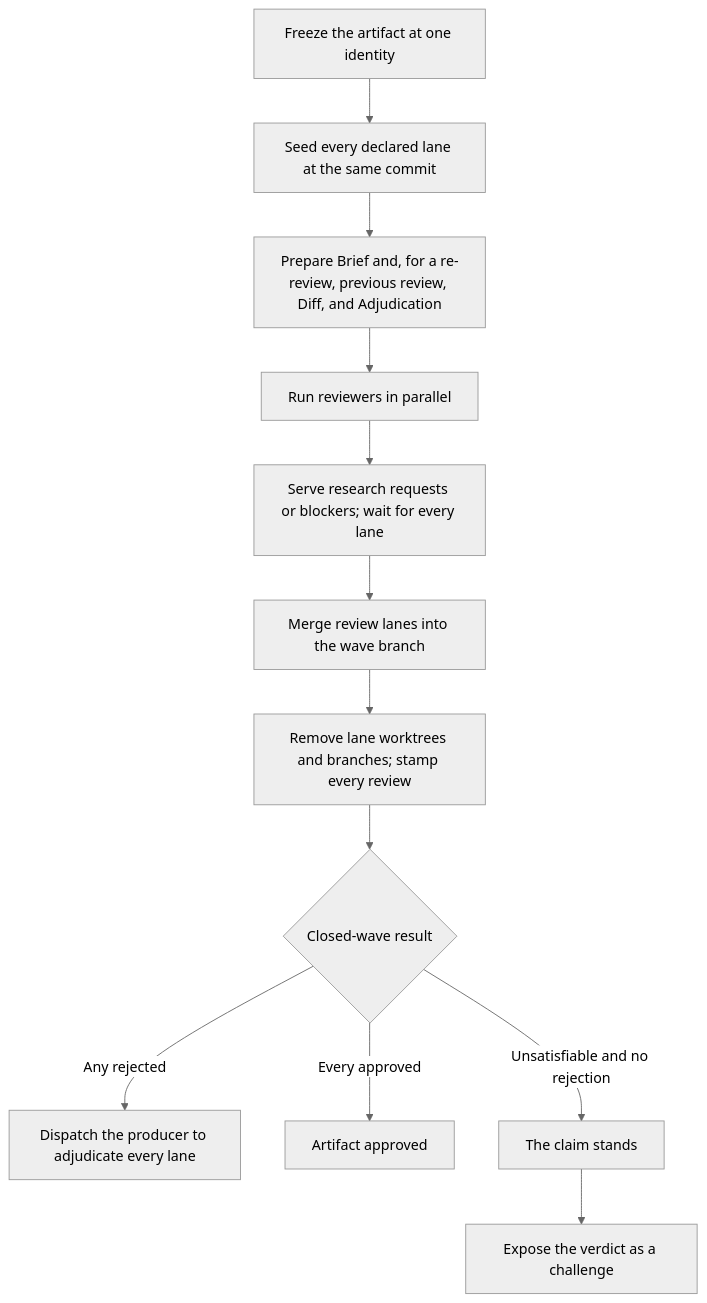
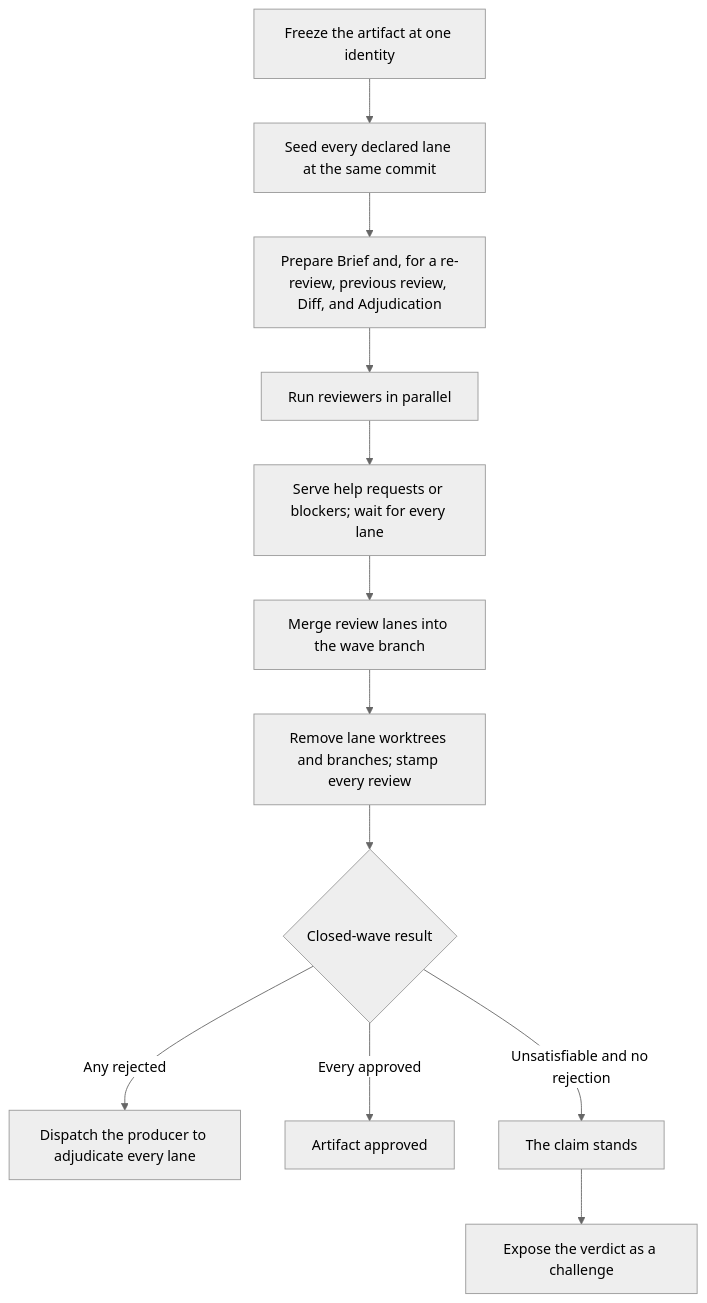
One commit to Automattic/radical-pipelines changed the diagram in docs/flowcharts/review-wave.md. Above: the diagram before and after it, drawn with Mermaid (neutral theme). The commit also changed 50 other files, not shown here.

````diff
--- a/docs/flowcharts/review-wave.md
+++ b/docs/flowcharts/review-wave.md
@@ -5,14 +5,14 @@
 ```mermaid
 flowchart TD
     A["Freeze the artifact at one identity"] --> B["Seed every declared lane at the same commit"]
     B --> C["Prepare Brief and, for a re-review, previous review, Diff, and Adjudication"]
     C --> D["Run reviewers in parallel"]
-    D --> E["Serve research requests or blockers; wait for every lane"]
+    D --> E["Serve help requests or blockers; wait for every lane"]
     E --> L["Merge review lanes into the wave branch"]
     L --> M["Remove lane worktrees and branches; stamp every review"]
     M --> F{"Closed-wave result"}
     F -->|Any rejected| G["Dispatch the producer to adjudicate every lane"]
     F -->|Every approved| H["Artifact approved"]
     F -->|Unsatisfiable and no rejection| I["The claim stands"]
     I --> J["Expose the verdict as a challenge"]
 ```
````
